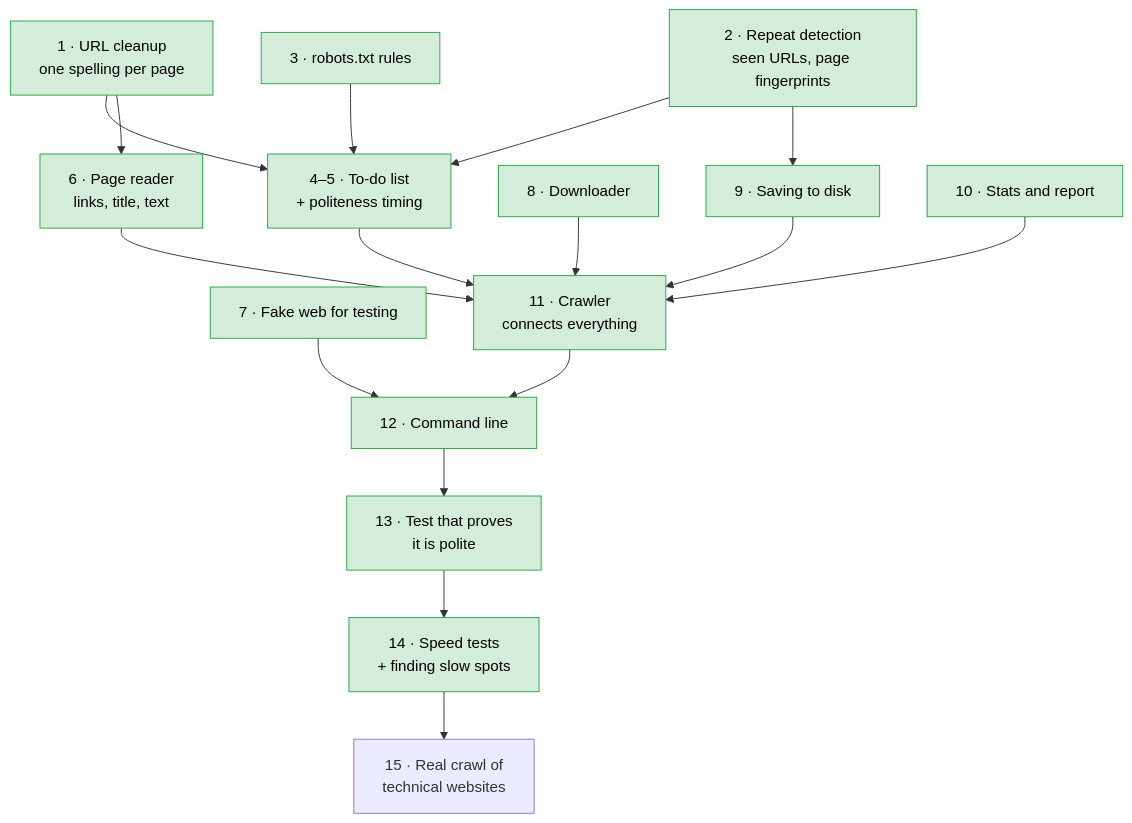
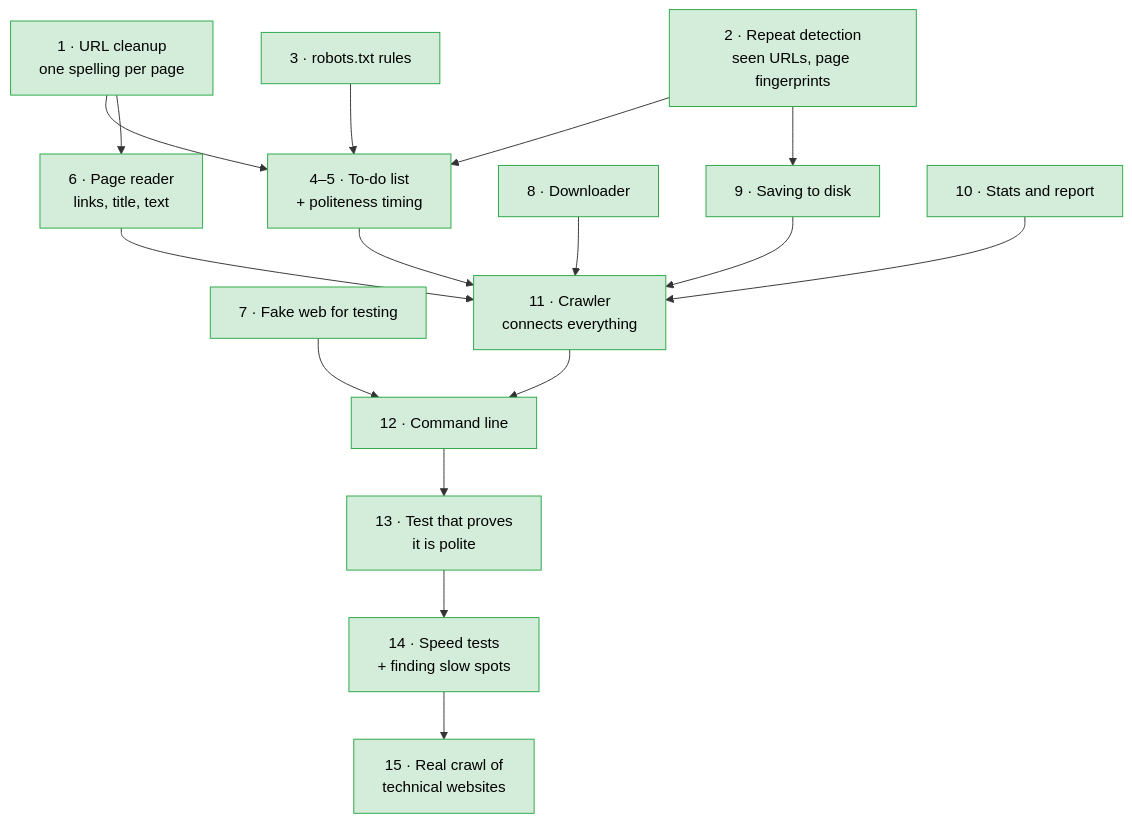
The fourth of 4 diagrams in README.md (Armaan-king/McCrawl), drawn with Mermaid before and after one commit. The commit also changed other lines of this file and 3 other files, not shown here.

First line of the commit message:
docs: README with benchmarks and the real crawl; crawl core complete

````diff
--- a/README.md
+++ b/README.md
@@ -118,33 +194,33 @@
 ```mermaid
 flowchart TD
     urlnorm["1 · URL cleanup<br/>one spelling per page"]:::done
     dedup["2 · Repeat detection<br/>seen URLs, page fingerprints"]:::done
     robots["3 · robots.txt rules"]:::done
     frontier["4–5 · To-do list<br/>+ politeness timing"]:::done
     parse["6 · Page reader<br/>links, title, text"]:::done
     mockweb["7 · Fake web for testing"]:::done
     fetch["8 · Downloader"]:::done
     store["9 · Saving to disk"]:::done
     metrics["10 · Stats and report"]:::done
     crawler["11 · Crawler<br/>connects everything"]:::done
     cli["12 · Command line"]:::done
     proof["13 · Test that proves<br/>it is polite"]:::done
     bench["14 · Speed tests<br/>+ finding slow spots"]:::done
-    real["15 · Real crawl of<br/>technical websites"]
+    real["15 · Real crawl of<br/>technical websites"]:::done
 
     urlnorm --> frontier
     dedup --> frontier
     robots --> frontier
     urlnorm --> parse
     dedup --> store
     frontier --> crawler
     parse --> crawler
     fetch --> crawler
     store --> crawler
     metrics --> crawler
     crawler --> cli
     mockweb --> cli
     cli --> proof --> bench --> real
 
     classDef done fill:#d4edda,stroke:#28a745,color:#000
 ```
````
